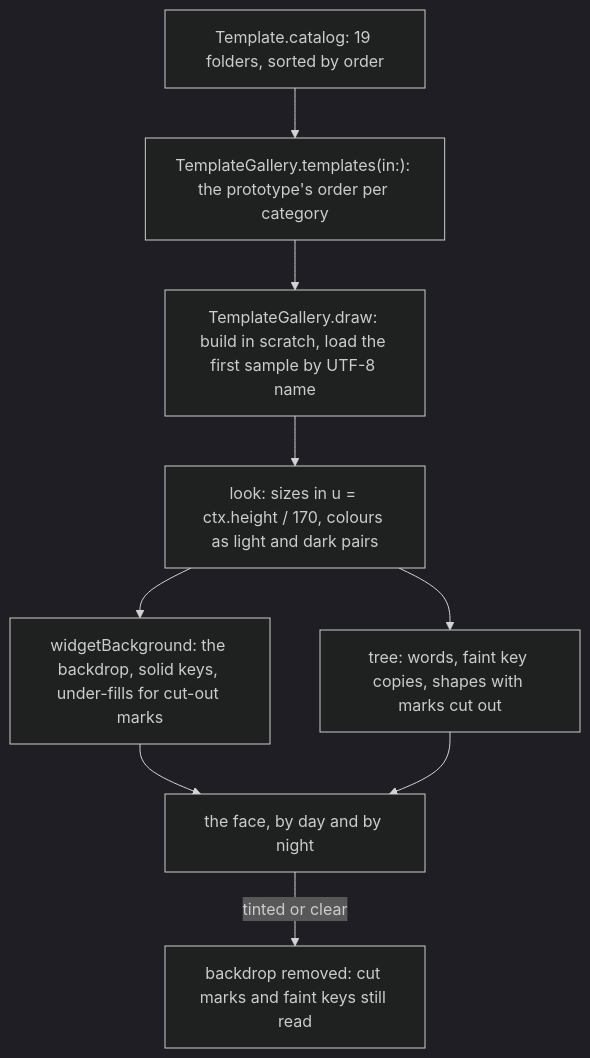
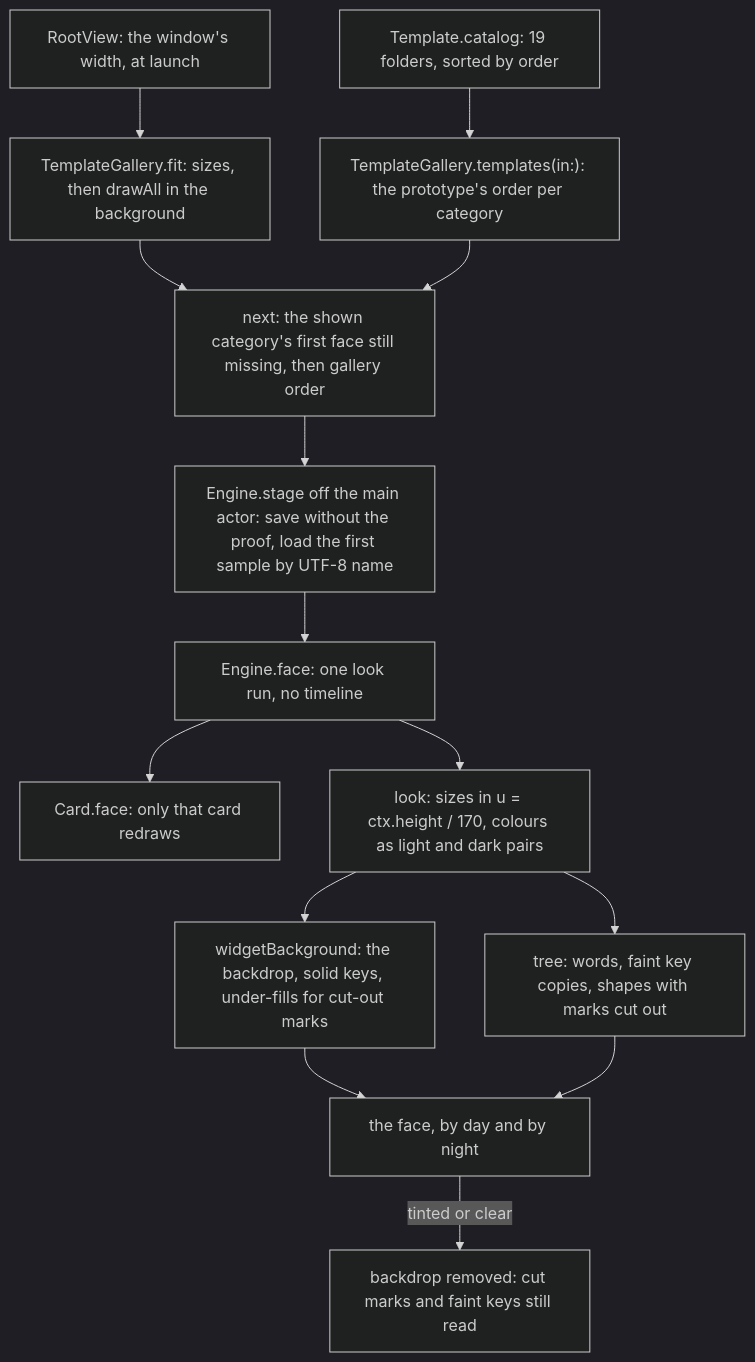
Before and after one commit to Krutik460/Widgie: the first of 3 diagrams in docs/pr/18-app-shell-u4-content.md, drawn with Mermaid (dark theme). The commit also changed other lines of this file and 1 other file, not shown here.

````diff
--- a/docs/pr/18-app-shell-u4-content.md
+++ b/docs/pr/18-app-shell-u4-content.md
@@ -14,11 +17,16 @@
 ```mermaid
 flowchart TD
   CAT["Template.catalog: 19 folders, sorted by order"] --> SHELF["TemplateGallery.templates(in:): the prototype's order per category"]
-  SHELF --> DRAW["TemplateGallery.draw: build in scratch, load the first sample by UTF-8 name"]
+  ROOT["RootView: the window's width, at launch"] --> FIT["TemplateGallery.fit: sizes, then drawAll in the background"]
+  FIT --> NEXT["next: the shown category's first face still missing, then gallery order"]
+  NEXT --> STAGE["Engine.stage off the main actor: save without the proof, load the first sample by UTF-8 name"]
+  STAGE --> DRAW["Engine.face: one look run, no timeline"]
+  DRAW --> CARD["Card.face: only that card redraws"]
+  SHELF --> NEXT
   DRAW --> LOOK["look: sizes in u = ctx.height / 170, colours as light and dark pairs"]
   LOOK --> BACK["widgetBackground: the backdrop, solid keys, under-fills for cut-out marks"]
   LOOK --> TREE["tree: words, faint key copies, shapes with marks cut out"]
   BACK --> FACE["the face, by day and by night"]
   TREE --> FACE
   FACE -->|"tinted or clear"| TINT["backdrop removed: cut marks and faint keys still read"]
 ```
````
